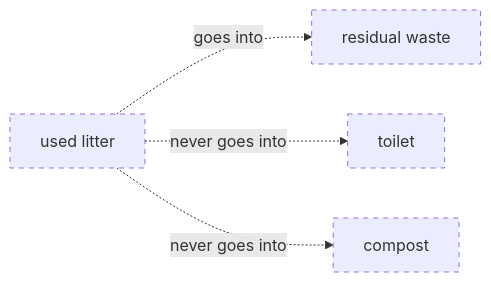
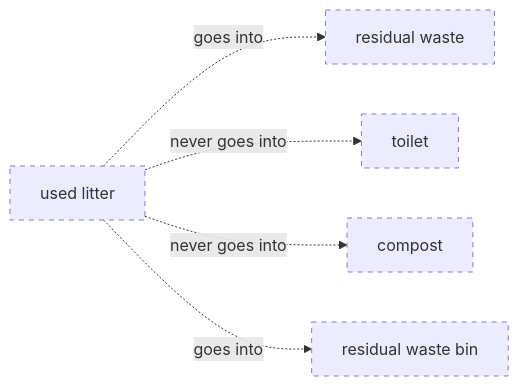
One commit to belaboros/DomainAiAssistant changed diagram 41 of 58 in data/ontology-pets-and-house-rules/03_release/00_raw/level-2.md. Above: the diagram before and after it, drawn with Mermaid. The commit also changed other lines of this file and 327 other files, not shown here.

````diff
--- a/data/ontology-pets-and-house-rules/03_release/00_raw/level-2.md
+++ b/data/ontology-pets-and-house-rules/03_release/00_raw/level-2.md
@@ -501,12 +690,14 @@
 ```mermaid
 flowchart LR
     classDef draft stroke-dasharray: 5 5
     cn_01M82ATVV0G4J5RJ6TZ063RNYT["compost"]
     cn_01M82ATVV0G4J5RJ6TZ063RNYR["residual waste"]
+    cn_01M82B4TJPFJR5BJ36WDBJSZZZ["residual waste bin"]
     cn_01M82ATVV0G4J5RJ6TZ063RNYS["toilet"]
     cn_01M82ATVV0G4J5RJ6TZ063RNYQ["used litter"]
     cn_01M82ATVV0G4J5RJ6TZ063RNYQ -. "goes into" .-> cn_01M82ATVV0G4J5RJ6TZ063RNYR
     cn_01M82ATVV0G4J5RJ6TZ063RNYQ -. "never goes into" .-> cn_01M82ATVV0G4J5RJ6TZ063RNYS
     cn_01M82ATVV0G4J5RJ6TZ063RNYQ -. "never goes into" .-> cn_01M82ATVV0G4J5RJ6TZ063RNYT
-    class cn_01M82ATVV0G4J5RJ6TZ063RNYT,cn_01M82ATVV0G4J5RJ6TZ063RNYR,cn_01M82ATVV0G4J5RJ6TZ063RNYS,cn_01M82ATVV0G4J5RJ6TZ063RNYQ draft
+    cn_01M82ATVV0G4J5RJ6TZ063RNYQ -. "goes into" .-> cn_01M82B4TJPFJR5BJ36WDBJSZZZ
+    class cn_01M82ATVV0G4J5RJ6TZ063RNYT,cn_01M82ATVV0G4J5RJ6TZ063RNYR,cn_01M82B4TJPFJR5BJ36WDBJSZZZ,cn_01M82ATVV0G4J5RJ6TZ063RNYS,cn_01M82ATVV0G4J5RJ6TZ063RNYQ draft
 ```
````
